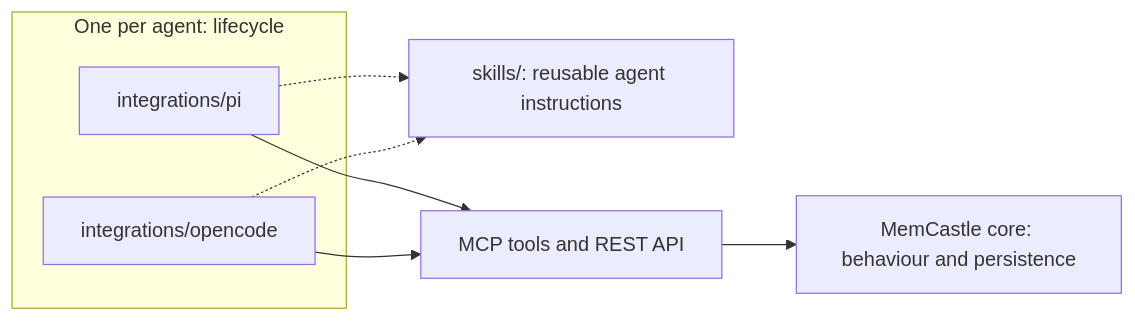
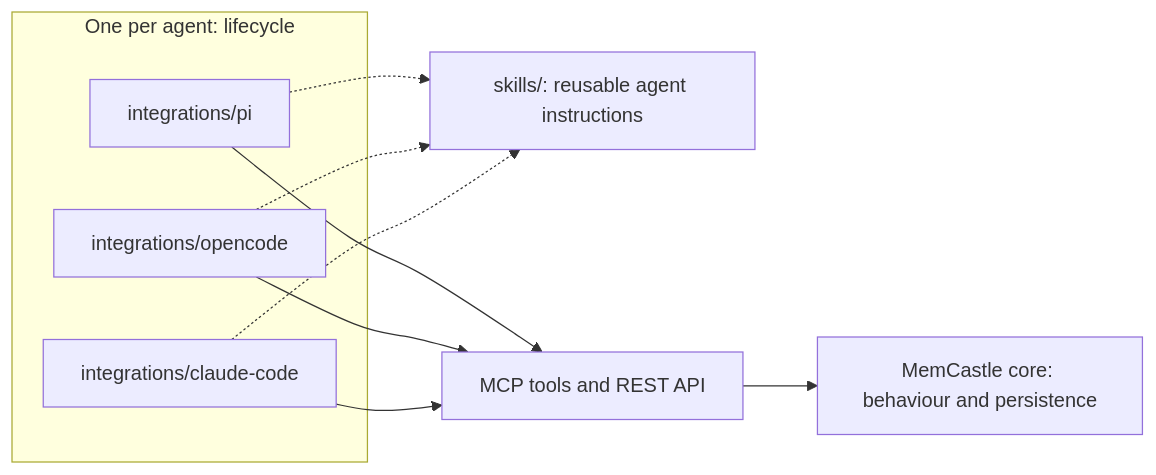
Before and after one commit to noirbizarre/memcastle: the diagram in docs/integration-contract.md, drawn with Mermaid. The commit also changed other lines of this file and 52 other files, not shown here.

Commit message:
feat(claude): add Claude Code integration and history source (#245)

````diff
--- a/docs/integration-contract.md
+++ b/docs/integration-contract.md
@@ -13,15 +13,18 @@
 ```mermaid
 flowchart LR
     subgraph client["One per agent: lifecycle"]
         pi["integrations/pi"]
         oc["integrations/opencode"]
+        cc["integrations/claude-code"]
     end
     skills["skills/: reusable agent instructions"]
     surface["MCP tools and REST API"]
     core["MemCastle core: behaviour and persistence"]
     pi --> surface
     oc --> surface
+    cc --> surface
     pi -.-> skills
     oc -.-> skills
+    cc -.-> skills
     surface --> core
 ```
````
